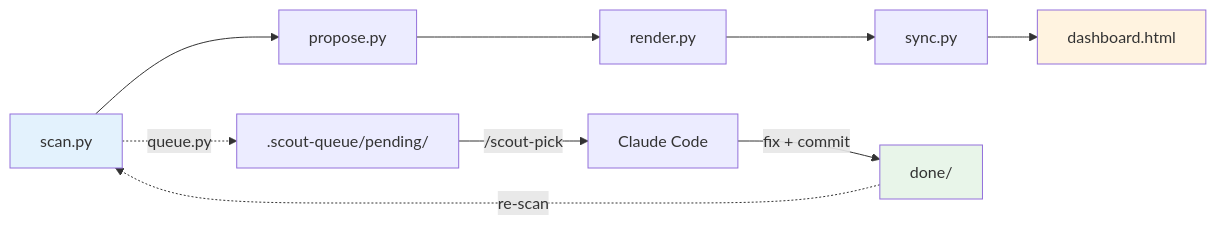
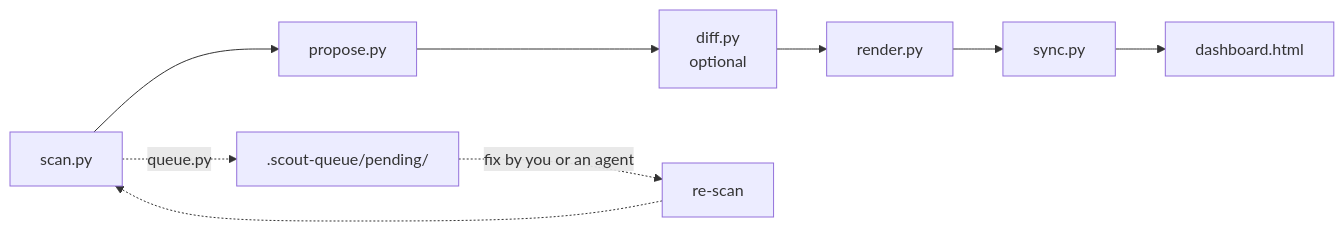
The diagram in README.md (Alpha-Oi/scout), drawn with Mermaid before and after one commit. The commit also changed other lines of this file and 10 other files, not shown here.

````diff
--- a/README.md
+++ b/README.md
@@ -68,16 +101,11 @@
 ```mermaid
 flowchart LR
     A[scan.py] --> B[propose.py]
-    B --> C[render.py]
-    C --> D[sync.py]
-    D --> E[dashboard.html]
-
-    A -.->|queue.py| F[.scout-queue/pending/]
-    F -->|/scout-pick| G[Claude Code]
-    G -->|fix + commit| H[done/]
-    H -.->|re-scan| A
-
-    style A fill:#e3f2fd
-    style E fill:#fff3e0
-    style H fill:#e8f5e9
+    B --> C[diff.py<br/>optional]
+    C --> D[render.py]
+    D --> E[sync.py]
+    E --> F[dashboard.html]
+    A -.->|queue.py| G[.scout-queue/pending/]
+    G -.->|fix by you or an agent| H[re-scan]
+    H -.-> A
 ```
````
